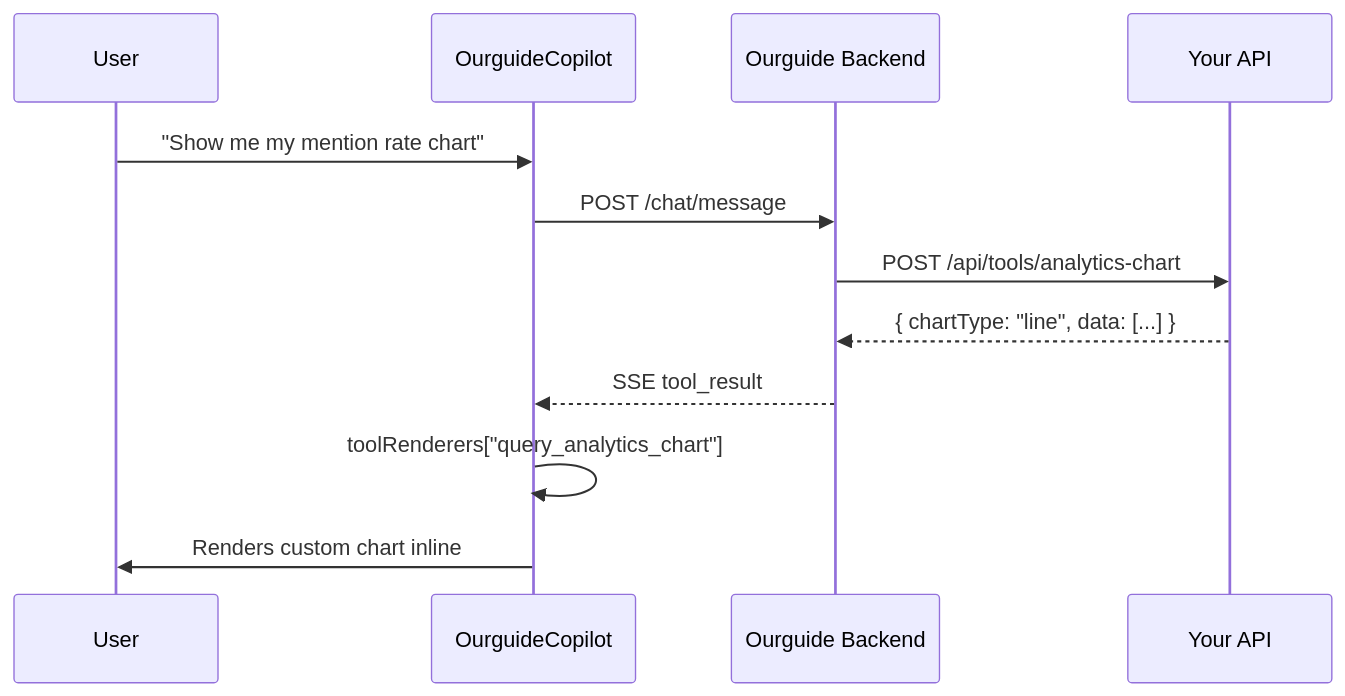
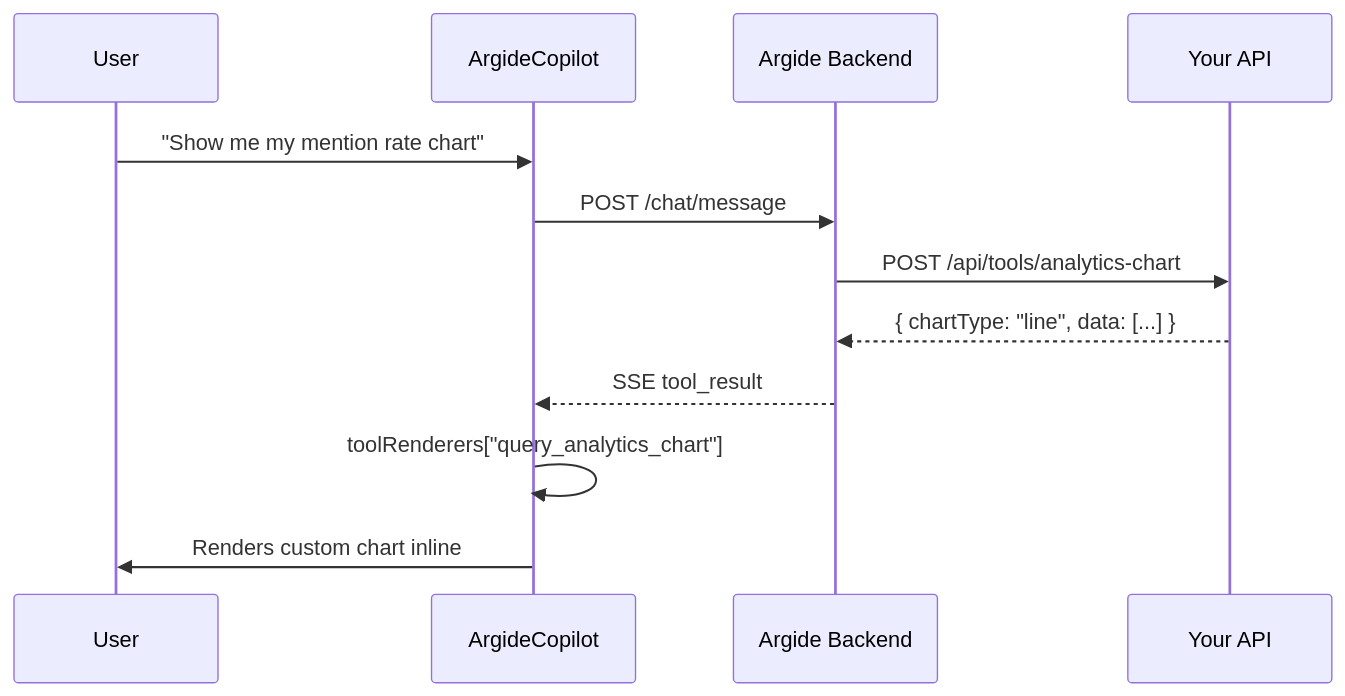
Before and after one commit to Ourguide-ai/docs: the diagram in integration/tool-renderers.mdx, drawn with Mermaid. The commit also changed other lines of this file and 30 other files, not shown here.

Commit message:
change the ourguide to argide

````diff
--- a/integration/tool-renderers.mdx
+++ b/integration/tool-renderers.mdx
@@ -10,15 +10,15 @@
 ```mermaid
 sequenceDiagram
     participant User
-    participant OurguideCopilot
-    participant OurguideBackend as Ourguide Backend
+    participant ArgideCopilot
+    participant ArgideBackend as Argide Backend
     participant YourAPI as Your API
 
-    User->>OurguideCopilot: "Show me my mention rate chart"
-    OurguideCopilot->>OurguideBackend: POST /chat/message
-    OurguideBackend->>YourAPI: POST /api/tools/analytics-chart
-    YourAPI-->>OurguideBackend: { chartType: "line", data: [...] }
-    OurguideBackend-->>OurguideCopilot: SSE tool_result
-    OurguideCopilot->>OurguideCopilot: toolRenderers["query_analytics_chart"]
-    OurguideCopilot->>User: Renders custom chart inline
+    User->>ArgideCopilot: "Show me my mention rate chart"
+    ArgideCopilot->>ArgideBackend: POST /chat/message
+    ArgideBackend->>YourAPI: POST /api/tools/analytics-chart
+    YourAPI-->>ArgideBackend: { chartType: "line", data: [...] }
+    ArgideBackend-->>ArgideCopilot: SSE tool_result
+    ArgideCopilot->>ArgideCopilot: toolRenderers["query_analytics_chart"]
+    ArgideCopilot->>User: Renders custom chart inline
 ```
````
